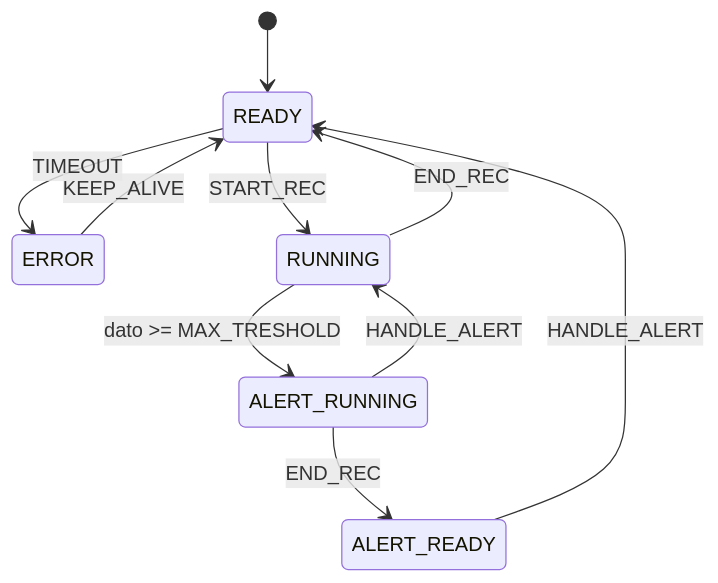
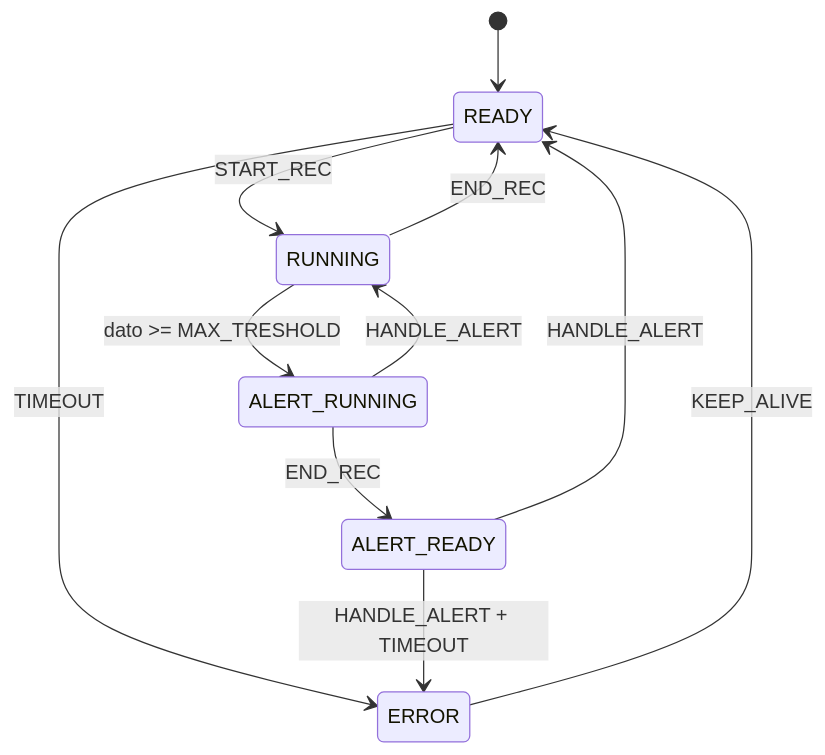
One commit to monemasrl/irma changed the fourth of 6 diagrams in README.md. Above: the diagram before and after it, drawn with Mermaid. The commit also changed 1 other file, not shown here.

````diff
--- a/README.md
+++ b/README.md
@@ -170,12 +170,13 @@
 ```mermaid
 stateDiagram-v2
   [*] --> READY
   ERROR --> READY: KEEP_ALIVE
   READY --> ERROR: TIMEOUT
   READY --> RUNNING: START_REC
   RUNNING --> READY: END_REC
   RUNNING --> ALERT_RUNNING: dato >= MAX_TRESHOLD
   ALERT_RUNNING --> RUNNING: HANDLE_ALERT
   ALERT_RUNNING --> ALERT_READY: END_REC
   ALERT_READY --> READY: HANDLE_ALERT
+  ALERT_READY --> ERROR: HANDLE_ALERT + TIMEOUT
 ```
````
